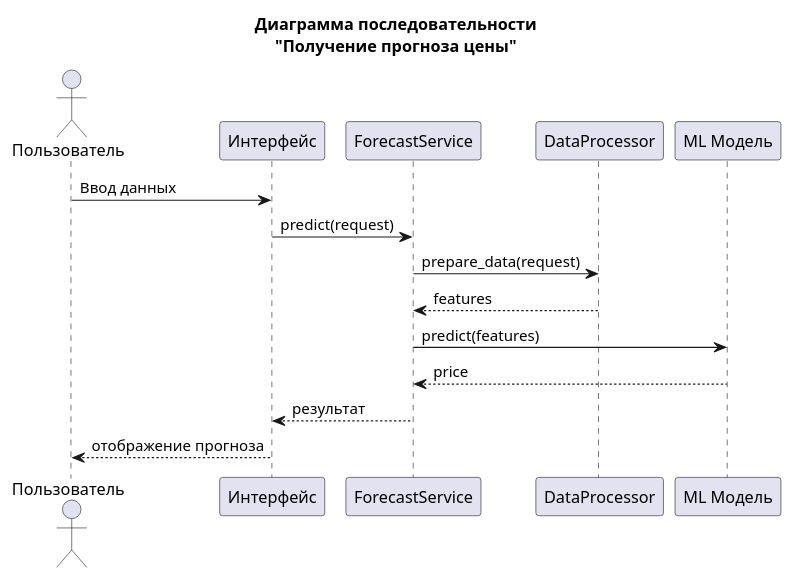
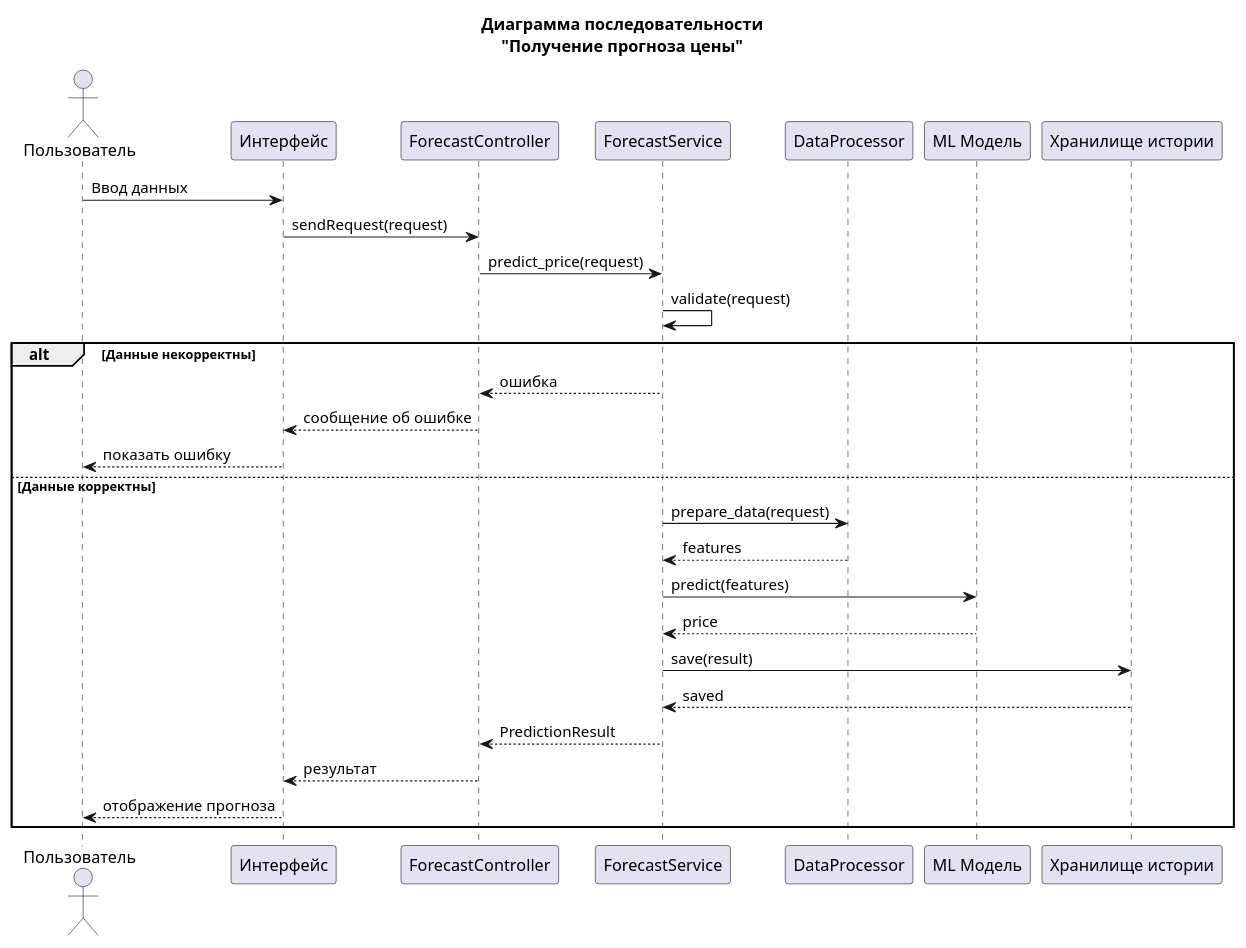
One commit to Mytyai/4-course changed the diagram in spec-langs-8/lab2/code/sequence.puml. Above: the diagram before and after it, drawn with PlantUML. The commit also changed 10 other files, not shown here.

```diff
--- a/spec-langs-8/lab2/code/sequence.puml
+++ b/spec-langs-8/lab2/code/sequence.puml
@@ -1,22 +1,37 @@
 @startuml
 title Диаграмма последовательности\n"Получение прогноза цены"
 
 actor "Пользователь" as User
 participant "Интерфейс" as UI
+participant "ForecastController" as Controller
 participant "ForecastService" as Service
 participant "DataProcessor" as Processor
 participant "ML Модель" as Model
+participant "Хранилище истории" as Storage
 
 User -> UI : Ввод данных
-UI -> Service : predict(request)
+UI -> Controller : sendRequest(request)
+Controller -> Service : predict_price(request)
 
-Service -> Processor : prepare_data(request)
-Processor --> Service : features
+Service -> Service : validate(request)
 
-Service -> Model : predict(features)
-Model --> Service : price
+alt Данные некорректны
+  Service --> Controller : ошибка
+  Controller --> UI : сообщение об ошибке
+  UI --> User : показать ошибку
+else Данные корректны
+  Service -> Processor : prepare_data(request)
+  Processor --> Service : features
 
-Service --> UI : результат
-UI --> User : отображение прогноза
+  Service -> Model : predict(features)
+  Model --> Service : price
+
+  Service -> Storage : save(result)
+  Storage --> Service : saved
+
+  Service --> Controller : PredictionResult
+  Controller --> UI : результат
+  UI --> User : отображение прогноза
+end
 
 @enduml
```
